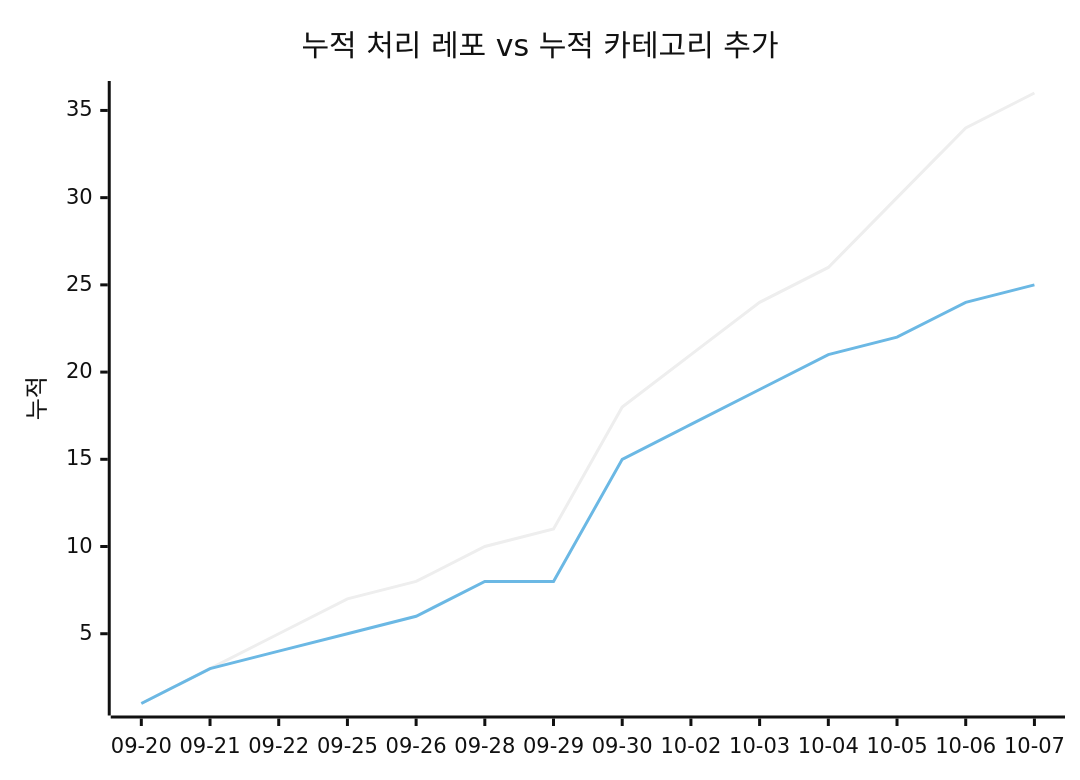
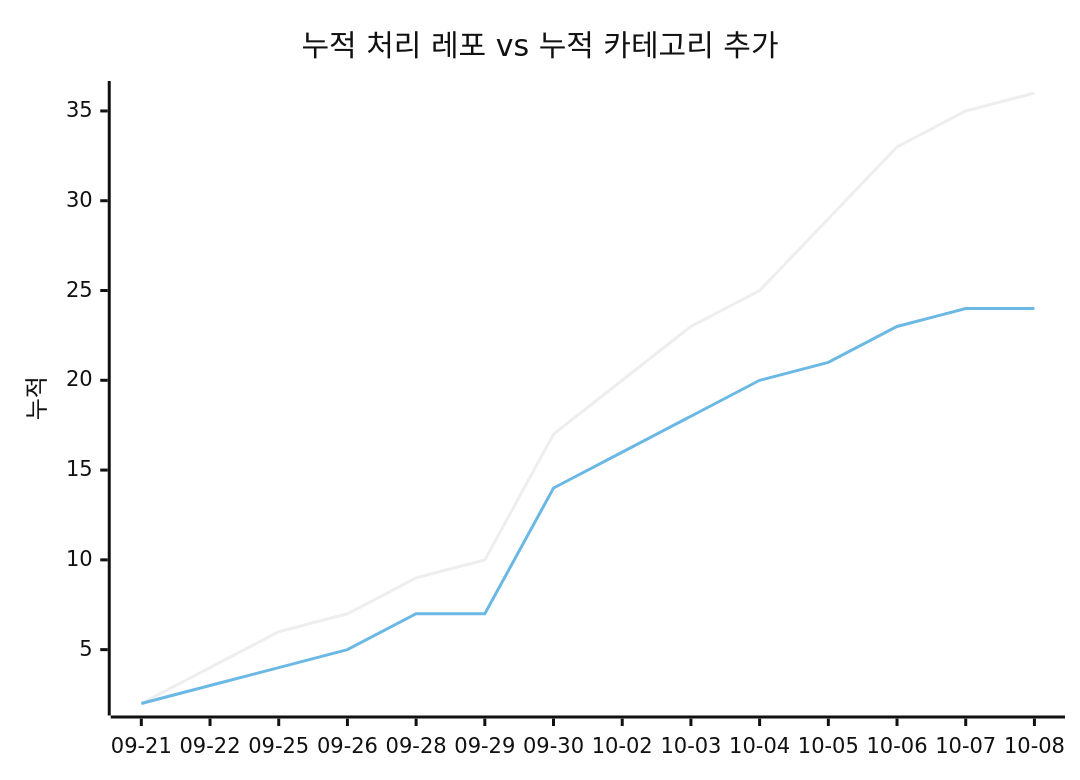
Before and after one commit to J-nowcow/awesome-korean-agent-skills: the second of 2 diagrams in docs/trends.md, drawn with Mermaid (neutral theme). The commit also changed other lines of this file and 2 other files, not shown here.

````diff
--- a/docs/trends.md
+++ b/docs/trends.md
@@ -68,8 +68,8 @@
 ```mermaid
 xychart-beta
     title "누적 처리 레포 vs 누적 카테고리 추가"
-    x-axis ["09-20","09-21","09-22","09-25","09-26","09-28","09-29","09-30","10-02","10-03","10-04","10-05","10-06","10-07"]
+    x-axis ["09-21","09-22","09-25","09-26","09-28","09-29","09-30","10-02","10-03","10-04","10-05","10-06","10-07","10-08"]
     y-axis "누적"
-    line [1,3,5,7,8,10,11,18,21,24,26,30,34,36]
-    line [1,3,4,5,6,8,8,15,17,19,21,22,24,25]
+    line [2,4,6,7,9,10,17,20,23,25,29,33,35,36]
+    line [2,3,4,5,7,7,14,16,18,20,21,23,24,24]
 ```
````
